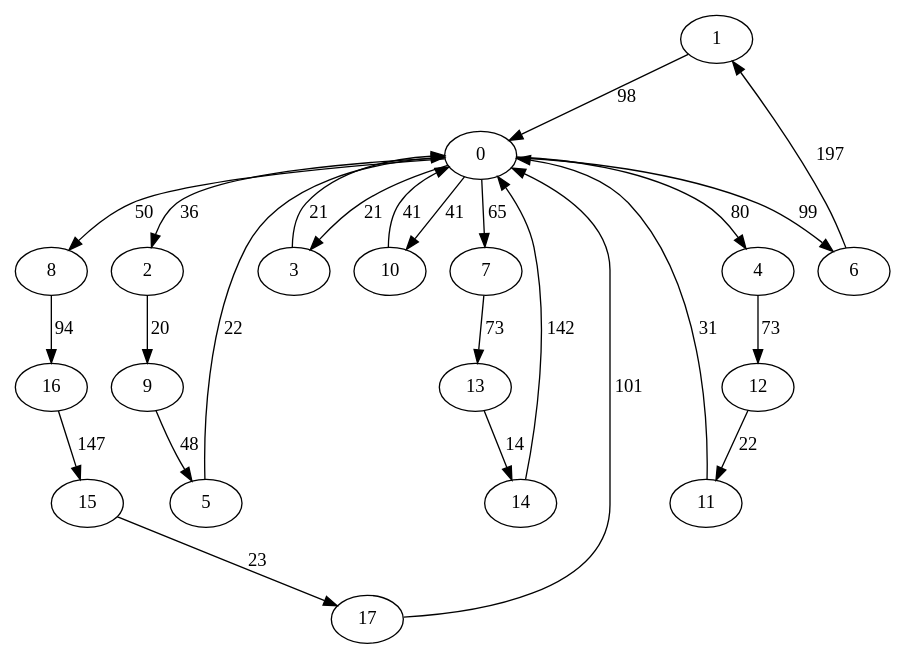
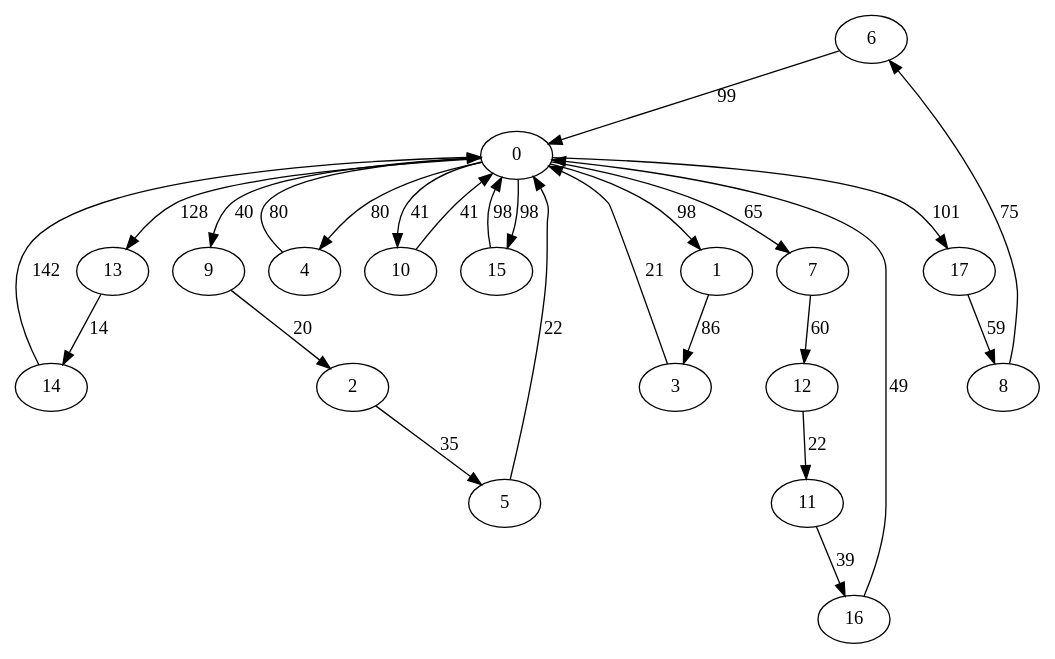
One commit to akosej/vehicle_routing changed the diagram in grafos/iteration2.dot. Above: the diagram before and after it, drawn with Graphviz. The commit also changed 9 other files, not shown here.

```diff
--- a/grafos/iteration2.dot
+++ b/grafos/iteration2.dot
@@ -1,45 +1,46 @@
 digraph G {
-	1->0[ label=98 ];
-	12->11[ label=22 ];
-	17->0[ label=101 ];
-	13->14[ label=14 ];
-	14->0[ label=142 ];
-	0->4[ label=80 ];
-	0->8[ label=50 ];
-	0->2[ label=36 ];
-	0->7[ label=65 ];
-	0->3[ label=21 ];
-	0->10[ label=41 ];
-	0->6[ label=99 ];
-	4->12[ label=73 ];
-	8->16[ label=94 ];
-	16->15[ label=147 ];
-	15->17[ label=23 ];
-	7->13[ label=73 ];
+	6->0[ label=99 ];
 	10->0[ label=41 ];
 	3->0[ label=21 ];
-	6->1[ label=197 ];
-	11->0[ label=31 ];
-	2->9[ label=20 ];
-	9->5[ label=48 ];
+	1->3[ label=86 ];
+	13->14[ label=14 ];
+	2->5[ label=35 ];
+	12->11[ label=22 ];
+	11->16[ label=39 ];
+	4->0[ label=80 ];
+	15->0[ label=98 ];
+	0->13[ label=128 ];
+	0->4[ label=80 ];
+	0->15[ label=98 ];
+	0->1[ label=98 ];
+	0->9[ label=40 ];
+	0->17[ label=101 ];
+	0->7[ label=65 ];
+	0->10[ label=41 ];
+	17->8[ label=59 ];
+	8->6[ label=75 ];
+	7->12[ label=60 ];
 	5->0[ label=22 ];
+	9->2[ label=20 ];
+	16->0[ label=49 ];
+	14->0[ label=142 ];
 	0 [ label=0 ];
 	1 [ label=1 ];
 	10 [ label=10 ];
 	11 [ label=11 ];
 	12 [ label=12 ];
 	13 [ label=13 ];
 	14 [ label=14 ];
 	15 [ label=15 ];
 	16 [ label=16 ];
 	17 [ label=17 ];
 	2 [ label=2 ];
 	3 [ label=3 ];
 	4 [ label=4 ];
 	5 [ label=5 ];
 	6 [ label=6 ];
 	7 [ label=7 ];
 	8 [ label=8 ];
 	9 [ label=9 ];
 
 }
```
